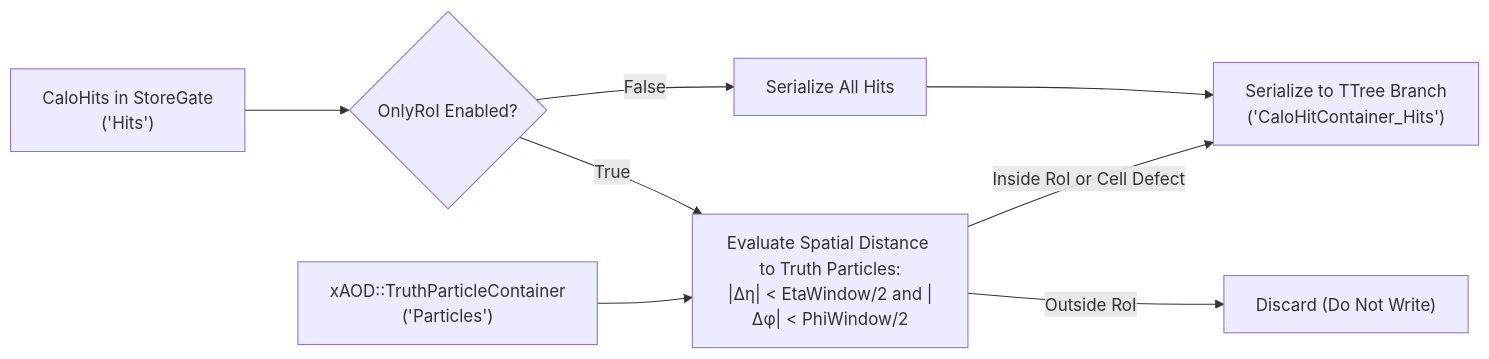
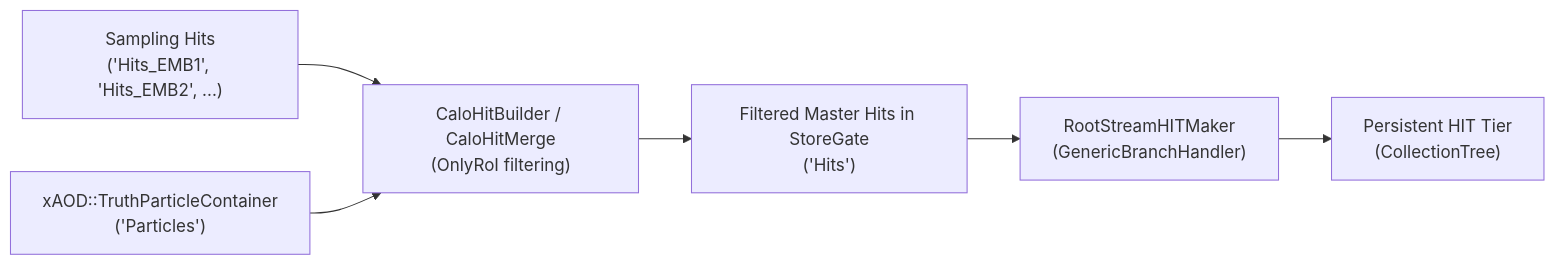
Before and after one commit to lorenzetti-ufrj-br/lorenzetti: the second of 3 diagrams in reconstruction/io/RootStreamBuilder/README.md, drawn with Mermaid. The commit also changed other lines of this file and 21 other files, not shown here.

````diff
--- a/reconstruction/io/RootStreamBuilder/README.md
+++ b/reconstruction/io/RootStreamBuilder/README.md
@@ -151,10 +150,8 @@
 ```mermaid
 graph LR
-    Hits["CaloHits in StoreGate<br/>('Hits')"] --> Check{"OnlyRoI Enabled?"}
-    Check -->|False| SaveAll["Serialize All Hits"]
-    Check -->|True| Filter["Evaluate Spatial Distance to Truth Particles:<br/>|Δη| < EtaWindow/2 and |Δφ| < PhiWindow/2"]
-    Truth["xAOD::TruthParticleContainer<br/>('Particles')"] --> Filter
-    Filter -->|Inside RoI or Cell Defect| SaveRoI["Serialize to TTree Branch<br/>('CaloHitContainer_Hits')"]
-    Filter -->|Outside RoI| Discard["Discard (Do Not Write)"]
-    SaveAll --> SaveRoI
+    SubHits["Sampling Hits<br/>('Hits_EMB1', 'Hits_EMB2', ...)"] --> HitMerge["CaloHitBuilder / CaloHitMerge<br/>(OnlyRoI filtering)"]
+    Truth["xAOD::TruthParticleContainer<br/>('Particles')"] --> HitMerge
+    HitMerge --> MasterHits["Filtered Master Hits in StoreGate<br/>('Hits')"]
+    MasterHits --> Streamer["RootStreamHITMaker<br/>(GenericBranchHandler)"]
+    Streamer --> File["Persistent HIT Tier<br/>(CollectionTree)"]
 ```
````
